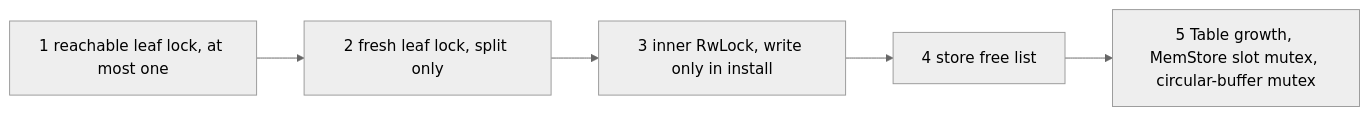
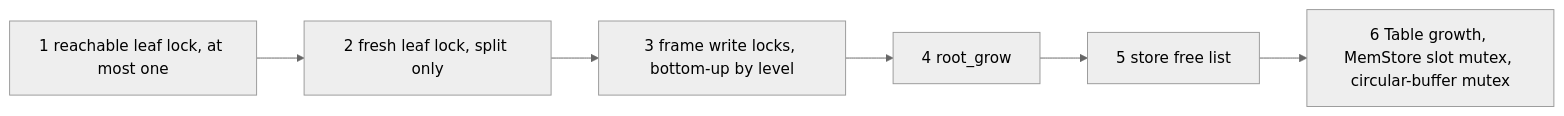
Before and after one commit to raydatray/peppydb: the second of 4 diagrams in docs/design/bf-tree-concurrency.md, drawn with Mermaid (neutral theme). The commit also changed other lines of this file and 7 other files, not shown here.

````diff
--- a/docs/design/bf-tree-concurrency.md
+++ b/docs/design/bf-tree-concurrency.md
@@ -81,7 +205,8 @@
 ```mermaid
 flowchart LR
     A["1 reachable leaf lock, at most one"] --> B["2 fresh leaf lock, split only"]
-    B --> C["3 inner RwLock, write only in install"]
-    C --> D["4 store free list"]
-    D --> E["5 Table growth, MemStore slot mutex, circular-buffer mutex"]
+    B --> C["3 frame write locks, bottom-up by level"]
+    C --> D["4 root_grow"]
+    D --> E["5 store free list"]
+    E --> F["6 Table growth, MemStore slot mutex, circular-buffer mutex"]
 ```
````
